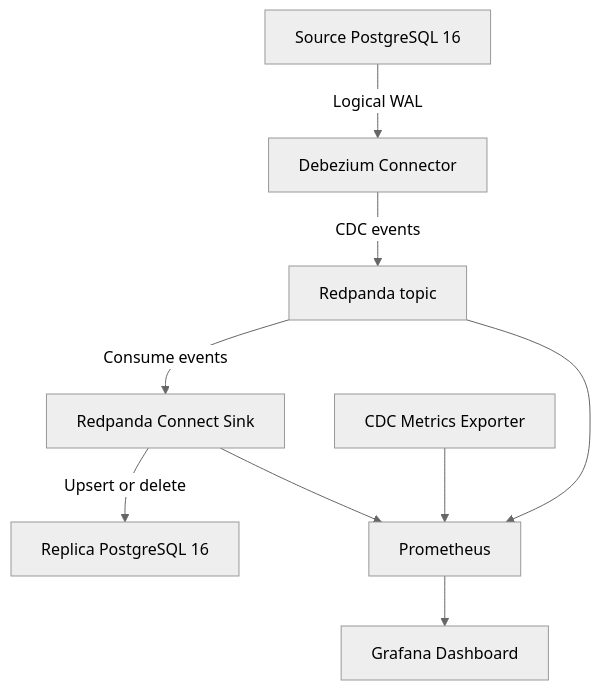
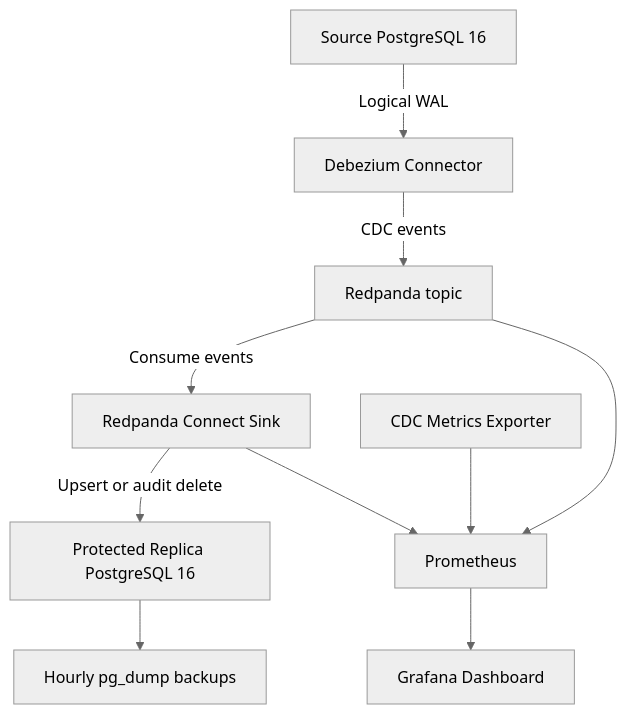
Before and after one commit to abdulahad-devops/postgres-cdc-pipeline: the diagram in README.md, drawn with Mermaid (neutral theme). The commit also changed other lines of this file and 15 other files, not shown here.

Commit message:
Add delete-protected replica auditing and scheduled backups

````diff
--- a/README.md
+++ b/README.md
@@ -9,11 +11,12 @@
 ```mermaid
 flowchart TD
     A[Source PostgreSQL 16] -->|Logical WAL| B[Debezium Connector]
     B -->|CDC events| C[Redpanda topic]
     C -->|Consume events| D[Redpanda Connect Sink]
-    D -->|Upsert or delete| E[Replica PostgreSQL 16]
+    D -->|Upsert or audit delete| E[Protected Replica PostgreSQL 16]
+    E --> I[Hourly pg_dump backups]
     F[CDC Metrics Exporter] --> G[Prometheus]
     C --> G
     D --> G
     G --> H[Grafana Dashboard]
 ```
````
